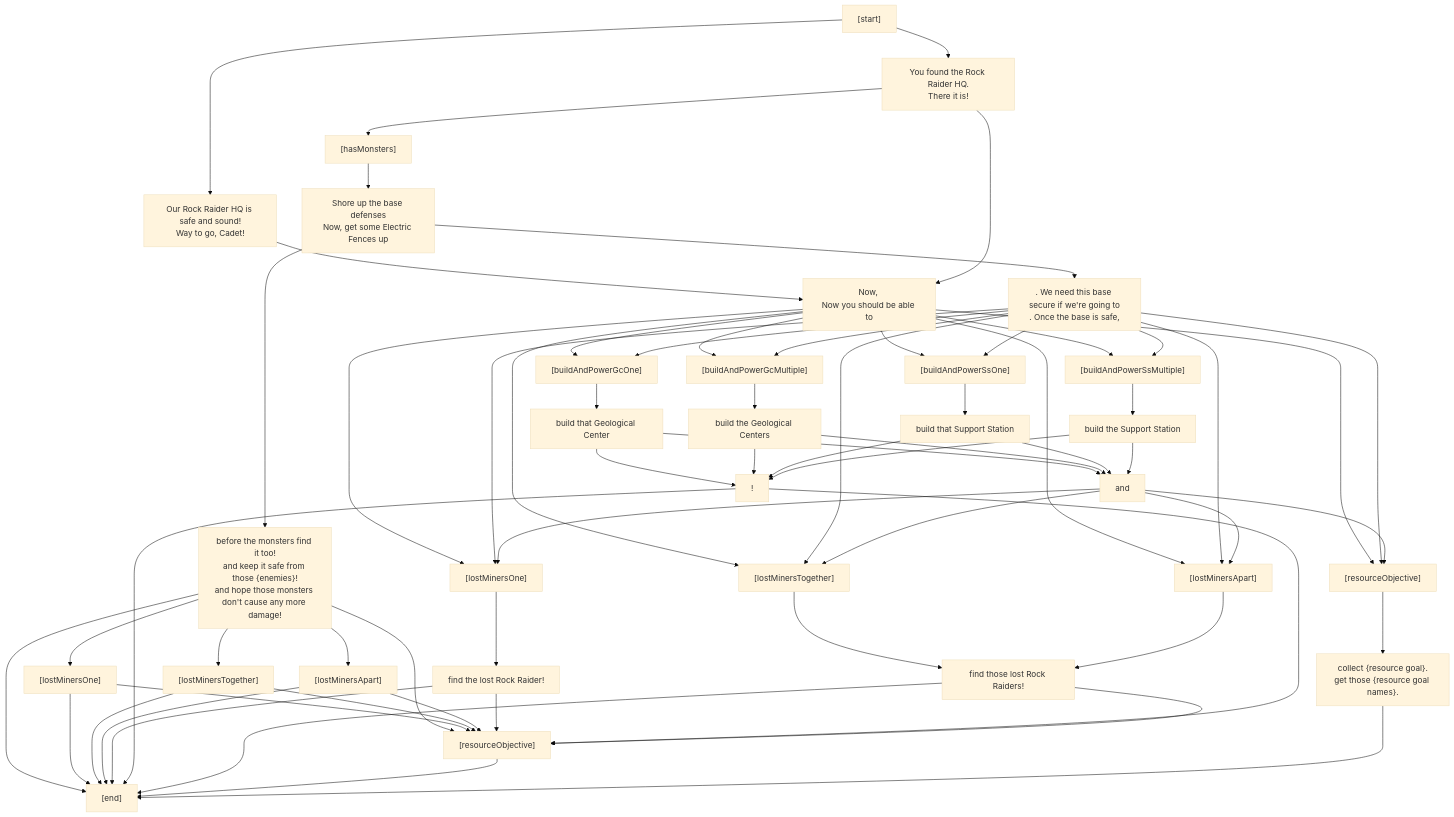
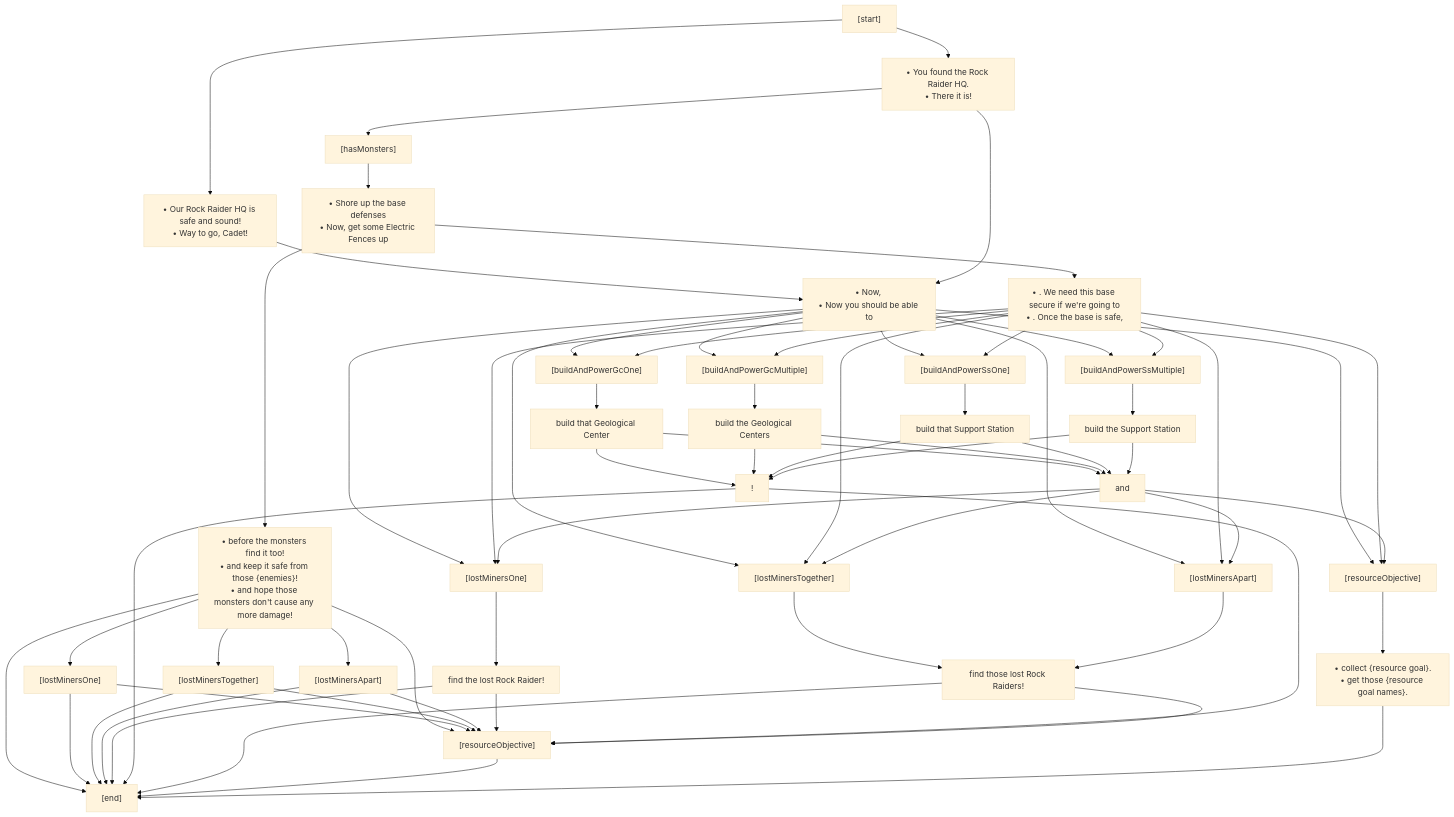
Before and after one commit to charredUtensil/groundhog: the seventh of 14 diagrams in src/core/lore/graphs/events.md, drawn with Mermaid (base theme). The commit also changed other lines of this file and 7 other files, not shown here.

````diff
--- a/src/core/lore/graphs/events.md
+++ b/src/core/lore/graphs/events.md
@@ -132,12 +132,12 @@
 P0["[start]"]
 P0 --> P1
 P0 --> P2
-P1["Our Rock Raider HQ is safe and sound!<br/>Way to go, Cadet!"]
+P1["&bull; Our Rock Raider HQ is safe and sound!<br/>&bull; Way to go, Cadet!"]
 P1 --> P3
-P2["You found the Rock Raider HQ.<br/>There it is!"]
+P2["&bull; You found the Rock Raider HQ.<br/>&bull; There it is!"]
 P2 --> P3
 P2 --> P4
-P3["Now, <br/>Now you should be able to"]
+P3["&bull; Now, <br/>&bull; Now you should be able to"]
 P3 --> P11
 P3 --> P13
 P3 --> P15
@@ -148,10 +148,10 @@
 P3 --> P27
 P4["[hasMonsters]"]
 P4 --> P5
-P5["Shore up the base defenses<br/>Now, get some Electric Fences up"]
+P5["&bull; Shore up the base defenses<br/>&bull; Now, get some Electric Fences up"]
 P5 --> P6
 P5 --> P10
-P6["before the monsters find it too!<br/>and keep it safe from those {enemies}!<br/>and hope those monsters don't cause any more damage!"]
+P6["&bull; before the monsters find it too!<br/>&bull; and keep it safe from those {enemies}!<br/>&bull; and hope those monsters don't cause any more damage!"]
 P6 --> P7
 P6 --> P8
 P6 --> P9
@@ -166,7 +166,7 @@
 P9["[lostMinersApart]"]
 P9 --> P26
 P9 --> P29
-P10[". We need this base secure if we're going to<br/>. Once the base is safe,"]
+P10["&bull; . We need this base secure if we're going to<br/>&bull; . Once the base is safe,"]
 P10 --> P11
 P10 --> P13
 P10 --> P15
@@ -219,7 +219,7 @@
 P26 --> P29
 P27["[resourceObjective]"]
 P27 --> P28
-P28["collect {resource goal}.<br/>get those {resource goal names}."]
+P28["&bull; collect {resource goal}.<br/>&bull; get those {resource goal names}."]
 P28 --> P29
 P29["[end]"]
 ```
````
